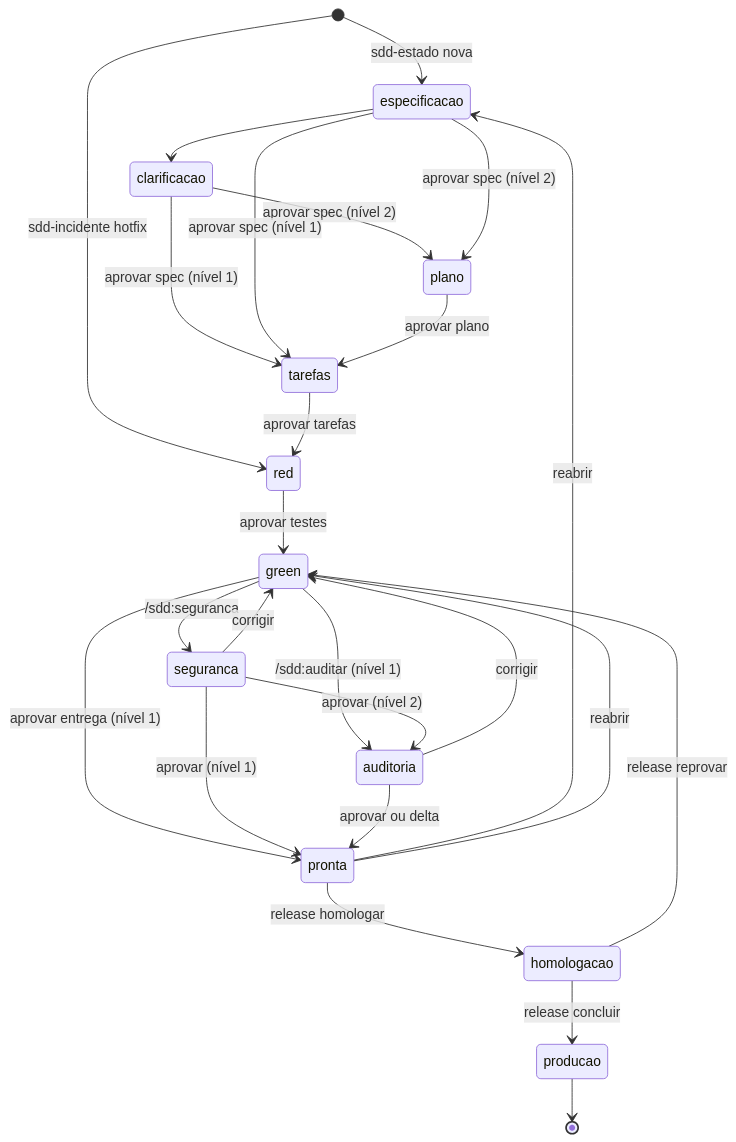
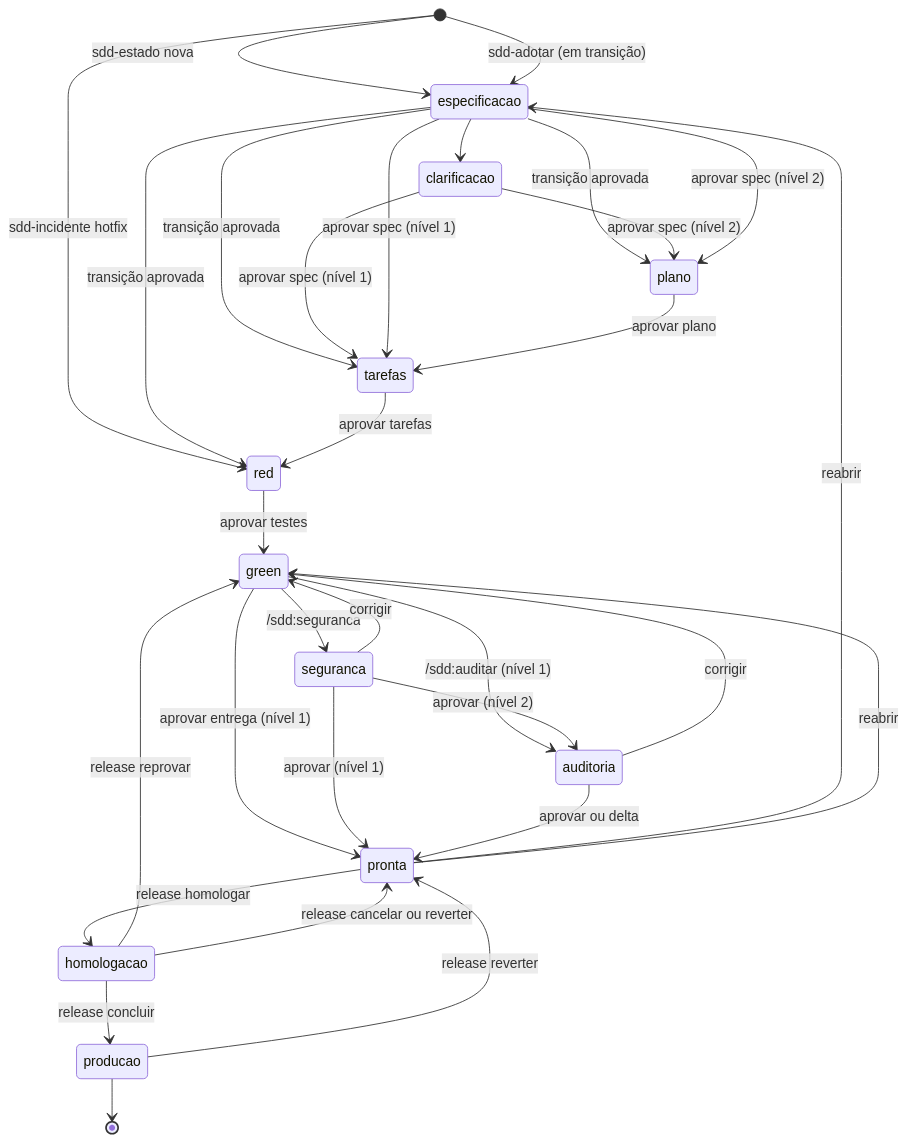
Before and after one commit to geraldodominguez/sdd-plugin: the fourth of 4 diagrams in docs/referencia/ciclo-de-vida.md, drawn with Mermaid. The commit also changed other lines of this file and 63 other files, not shown here.

````diff
--- a/docs/referencia/ciclo-de-vida.md
+++ b/docs/referencia/ciclo-de-vida.md
@@ -271,27 +274,33 @@
 ```mermaid
 stateDiagram-v2
     [*] --> especificacao: sdd-estado nova
     [*] --> red: sdd-incidente hotfix
+    [*] --> especificacao: sdd-adotar (em transição)
+    especificacao --> plano: transição aprovada
+    especificacao --> tarefas: transição aprovada
+    especificacao --> red: transição aprovada
     especificacao --> clarificacao
     clarificacao --> plano: aprovar spec (nível 2)
     clarificacao --> tarefas: aprovar spec (nível 1)
     especificacao --> plano: aprovar spec (nível 2)
     especificacao --> tarefas: aprovar spec (nível 1)
     plano --> tarefas: aprovar plano
     tarefas --> red: aprovar tarefas
     red --> green: aprovar testes
     green --> seguranca: /sdd:seguranca
     green --> auditoria: /sdd:auditar (nível 1)
     green --> pronta: aprovar entrega (nível 1)
     seguranca --> auditoria: aprovar (nível 2)
     seguranca --> pronta: aprovar (nível 1)
     seguranca --> green: corrigir
     auditoria --> pronta: aprovar ou delta
     auditoria --> green: corrigir
     pronta --> homologacao: release homologar
     homologacao --> producao: release concluir
     homologacao --> green: release reprovar
+    homologacao --> pronta: release cancelar ou reverter
+    producao --> pronta: release reverter
     pronta --> especificacao: reabrir
     pronta --> green: reabrir
     producao --> [*]
 ```
````
